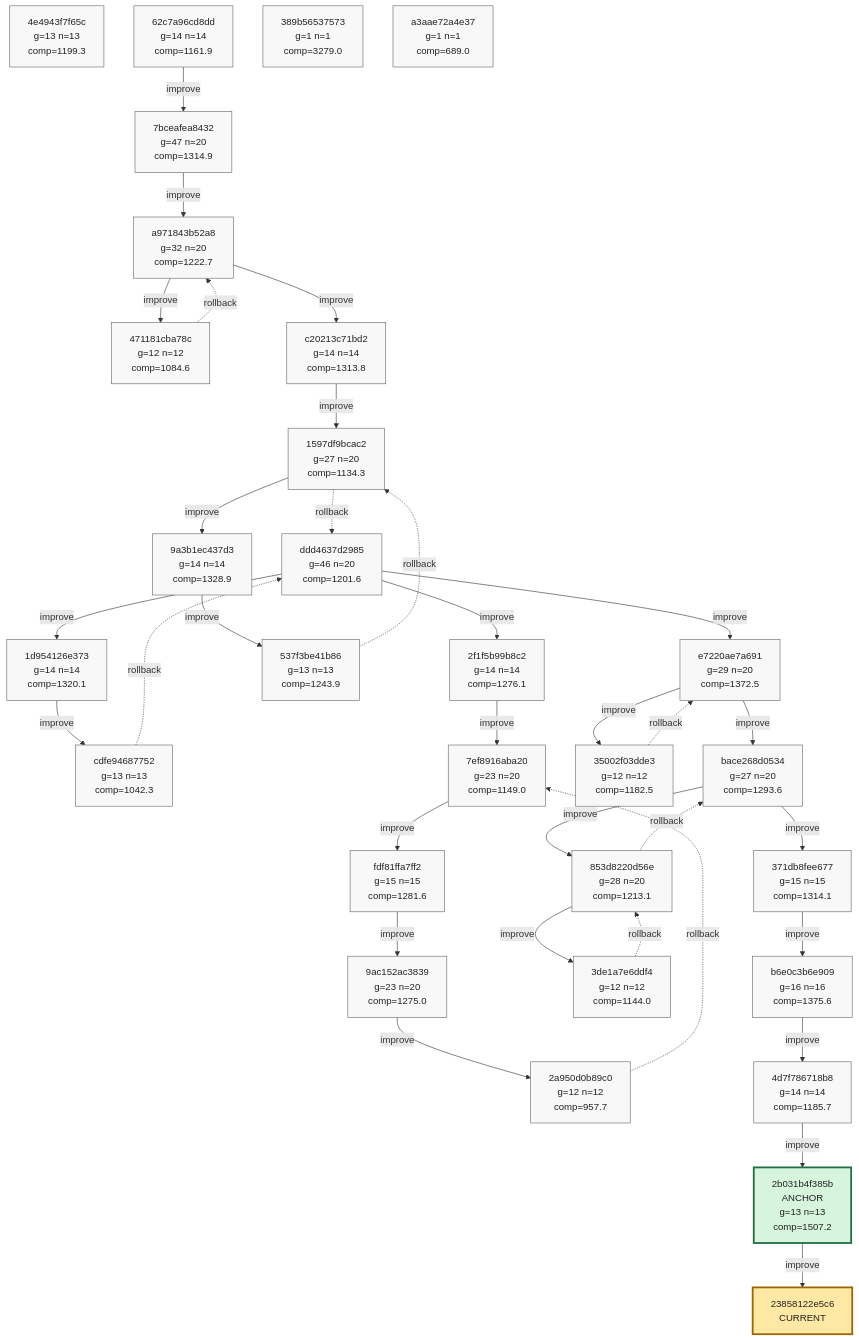
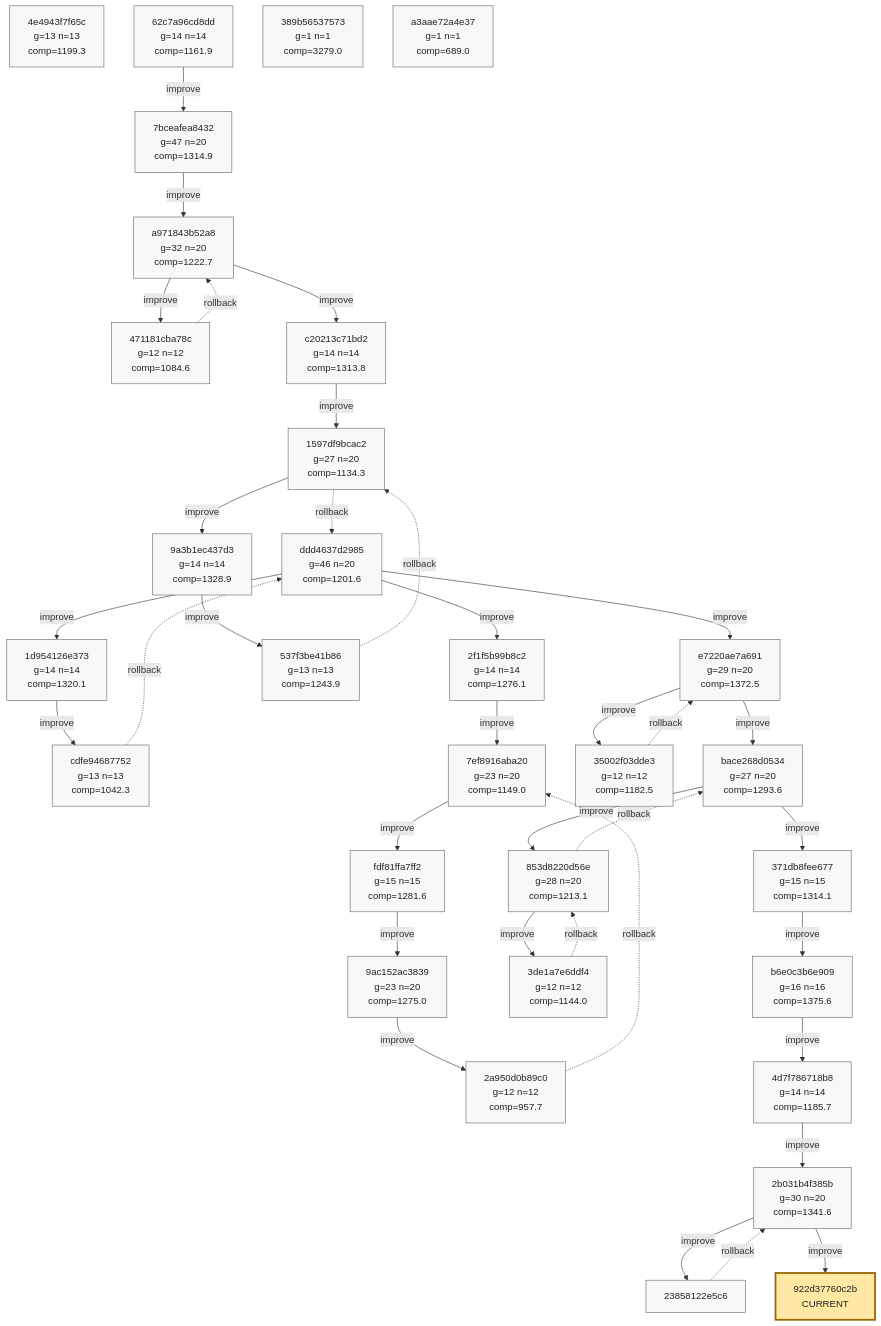
One commit to azumag/soviet_now changed the ninth of 9 diagrams in phyrogenetic-tree.md. Above: the diagram before and after it, drawn with Mermaid. The commit also changed other lines of this file and 2 other files, not shown here.

Commit message:
eloop Improve after 12 games (scores: 1443 1283 1218 1218 2208 1156 2189 1869 1564 2413 1367 1187)

````diff
--- a/phyrogenetic-tree.md
+++ b/phyrogenetic-tree.md
@@ -2254,10 +2256,11 @@
     h_371db8fee677["371db8fee677<br/>g=15 n=15<br/>comp=1314.1"]
     h_b6e0c3b6e909["b6e0c3b6e909<br/>g=16 n=16<br/>comp=1375.6"]
     h_4d7f786718b8["4d7f786718b8<br/>g=14 n=14<br/>comp=1185.7"]
-    h_2b031b4f385b["2b031b4f385b<br/>ANCHOR<br/>g=13 n=13<br/>comp=1507.2"]
+    h_2b031b4f385b["2b031b4f385b<br/>g=30 n=20<br/>comp=1341.6"]
+    h_23858122e5c6["23858122e5c6"]
     h_389b56537573["389b56537573<br/>g=1 n=1<br/>comp=3279.0"]
     h_a3aae72a4e37["a3aae72a4e37<br/>g=1 n=1<br/>comp=689.0"]
-    h_23858122e5c6["23858122e5c6<br/>CURRENT"]
+    h_922d37760c2b["922d37760c2b<br/>CURRENT"]
 
     h_ddd4637d2985 -->|improve| h_1d954126e373
     h_1d954126e373 -->|improve| h_cdfe94687752
@@ -2291,6 +2294,8 @@
     h_b6e0c3b6e909 -->|improve| h_4d7f786718b8
     h_4d7f786718b8 -->|improve| h_2b031b4f385b
     h_2b031b4f385b -->|improve| h_23858122e5c6
+    h_23858122e5c6 -. rollback .-> h_2b031b4f385b
+    h_2b031b4f385b -->|improve| h_922d37760c2b
 
     classDef plain fill:#f8f8f8,stroke:#666,stroke-width:1px,color:#222;
     classDef current fill:#ffe8a3,stroke:#9a6700,stroke-width:3px,color:#222;
@@ -2322,8 +2327,9 @@
     class h_371db8fee677 plain;
     class h_b6e0c3b6e909 plain;
     class h_4d7f786718b8 plain;
-    class h_2b031b4f385b anchor;
+    class h_2b031b4f385b plain;
+    class h_23858122e5c6 plain;
     class h_389b56537573 plain;
     class h_a3aae72a4e37 plain;
-    class h_23858122e5c6 current;
+    class h_922d37760c2b current;
 ```
````
